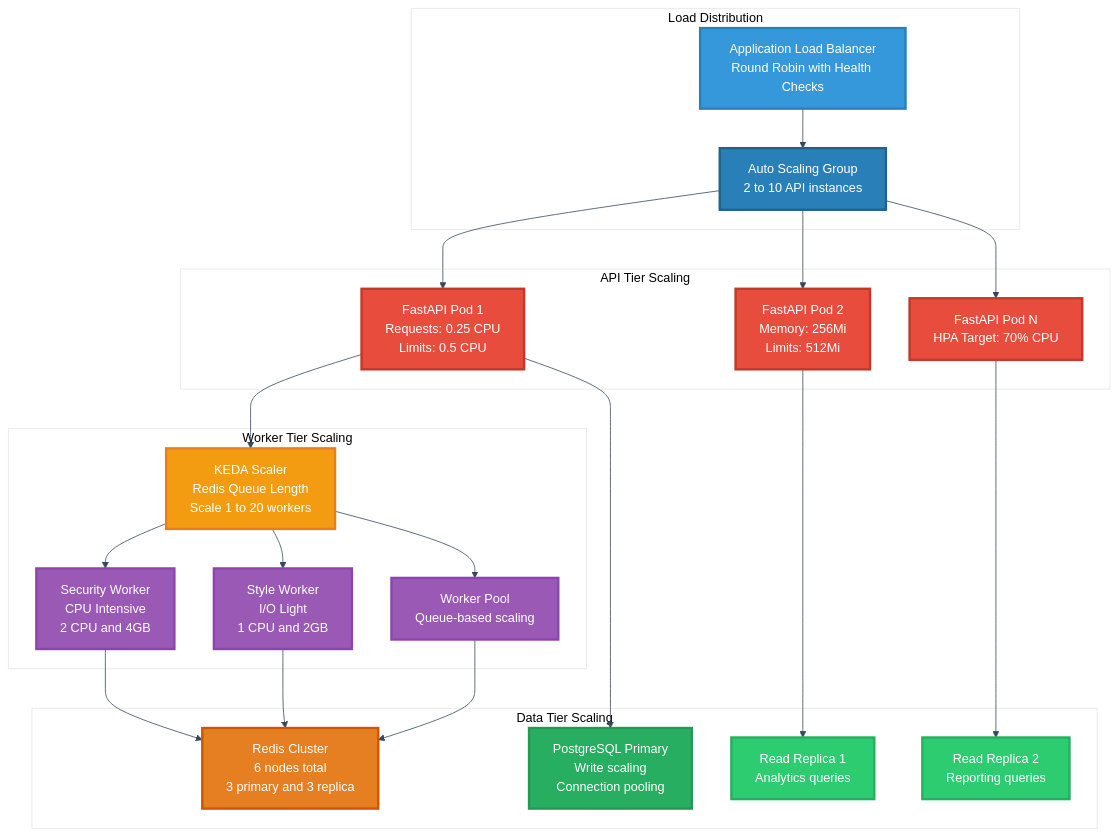
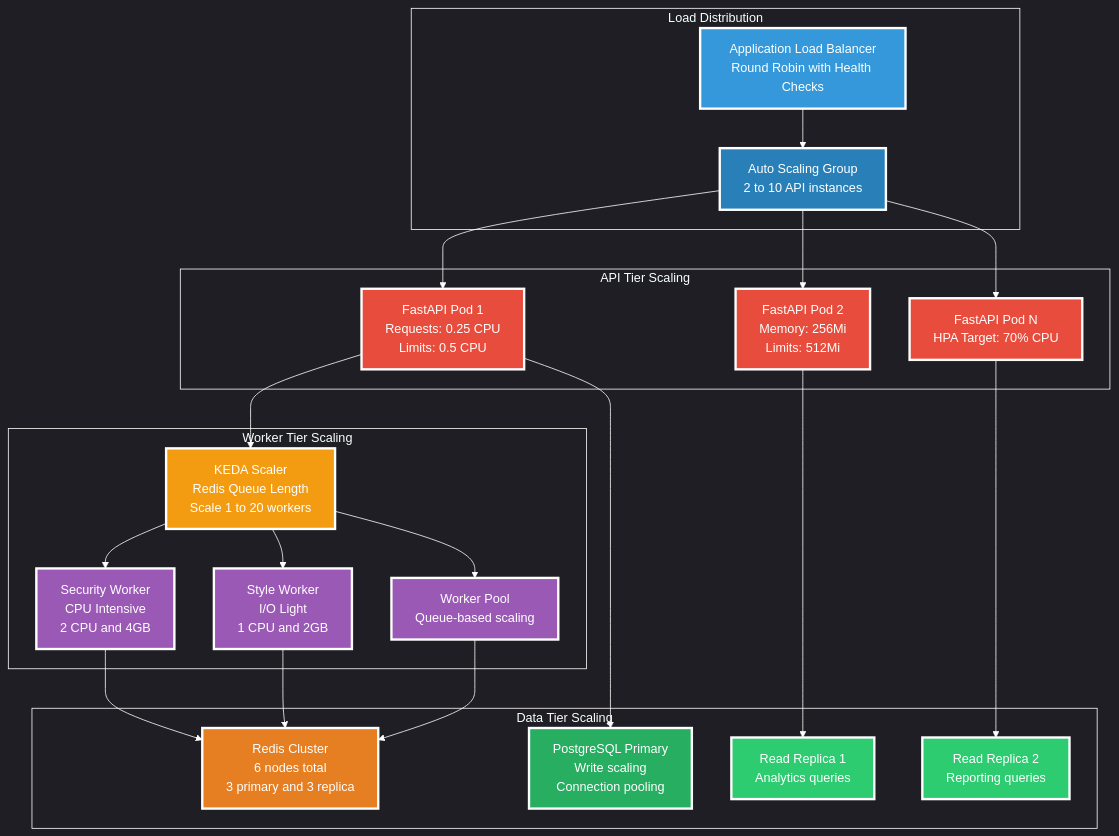
One commit to PriscillaOng12/AI-Code-Review-Squad changed the sixth of 7 diagrams in docs/ARCHITECTURE.md. Above: the diagram before and after it, drawn with Mermaid. The commit also changed other lines of this file, not shown here.

````diff
--- a/docs/ARCHITECTURE.md
+++ b/docs/ARCHITECTURE.md
@@ -463,63 +463,63 @@
 ```mermaid
-%%{init: {'theme': 'base', 'themeVariables': {'primaryColor': '#ffffff', 'primaryTextColor': '#2c3e50', 'primaryBorderColor': '#2c3e50', 'lineColor': '#34495e', 'secondaryColor': '#ffffff', 'tertiaryColor': '#ffffff', 'background': '#ffffff', 'mainBkg': '#ffffff', 'secondBkg': '#ffffff', 'tertiaryBkg': '#ffffff'}}}%%
+%%{init: {'theme': 'dark', 'themeVariables': {'primaryColor': 'transparent', 'primaryTextColor': '#ffffff', 'primaryBorderColor': '#ffffff', 'lineColor': '#ffffff', 'secondaryColor': 'transparent', 'tertiaryColor': 'transparent', 'background': 'transparent', 'mainBkg': 'transparent', 'secondBkg': 'transparent', 'tertiaryBkg': 'transparent', 'clusterBkg': 'transparent', 'clusterBorder': '#ffffff', 'edgeLabelBackground': 'transparent'}}}%%
 graph TB
     subgraph "Load Distribution"
         ALB[Application Load Balancer<br/>Round Robin with Health Checks]
         ASG[Auto Scaling Group<br/>2 to 10 API instances]
     end
     
     subgraph "API Tier Scaling"
         API1[FastAPI Pod 1<br/>Requests: 0.25 CPU<br/>Limits: 0.5 CPU]
         API2[FastAPI Pod 2<br/>Memory: 256Mi<br/>Limits: 512Mi]
         APIN[FastAPI Pod N<br/>HPA Target: 70% CPU]
     end
     
     subgraph "Worker Tier Scaling"
         KEDA[KEDA Scaler<br/>Redis Queue Length<br/>Scale 1 to 20 workers]
         W1[Security Worker<br/>CPU Intensive<br/>2 CPU and 4GB]
         W2[Style Worker<br/>I/O Light<br/>1 CPU and 2GB]
         WN[Worker Pool<br/>Queue-based scaling]
     end
     
     subgraph "Data Tier Scaling"
         PGPRIMARY[PostgreSQL Primary<br/>Write scaling<br/>Connection pooling]
         PGREPLICA1[Read Replica 1<br/>Analytics queries]
         PGREPLICA2[Read Replica 2<br/>Reporting queries]
         REDIS_CLUSTER[Redis Cluster<br/>6 nodes total<br/>3 primary and 3 replica]
     end
     
     ALB --> ASG
     ASG --> API1
     ASG --> API2
     ASG --> APIN
     
     API1 --> KEDA
     KEDA --> W1
     KEDA --> W2
     KEDA --> WN
     
     API1 --> PGPRIMARY
     API2 --> PGREPLICA1
     APIN --> PGREPLICA2
     
     W1 --> REDIS_CLUSTER
     W2 --> REDIS_CLUSTER
     WN --> REDIS_CLUSTER
     
-    style ALB fill:#3498db,stroke:#2980b9,stroke-width:3px,color:#ffffff
-    style ASG fill:#2980b9,stroke:#21618c,stroke-width:3px,color:#ffffff
+    style ALB fill:#3498db,stroke:#ffffff,stroke-width:3px,color:#ffffff
+    style ASG fill:#2980b9,stroke:#ffffff,stroke-width:3px,color:#ffffff
     
-    style API1 fill:#e74c3c,stroke:#c0392b,stroke-width:3px,color:#ffffff
-    style API2 fill:#e74c3c,stroke:#c0392b,stroke-width:3px,color:#ffffff
-    style APIN fill:#e74c3c,stroke:#c0392b,stroke-width:3px,color:#ffffff
+    style API1 fill:#e74c3c,stroke:#ffffff,stroke-width:3px,color:#ffffff
+    style API2 fill:#e74c3c,stroke:#ffffff,stroke-width:3px,color:#ffffff
+    style APIN fill:#e74c3c,stroke:#ffffff,stroke-width:3px,color:#ffffff
     
-    style KEDA fill:#f39c12,stroke:#e67e22,stroke-width:3px,color:#ffffff
-    style W1 fill:#9b59b6,stroke:#8e44ad,stroke-width:3px,color:#ffffff
-    style W2 fill:#9b59b6,stroke:#8e44ad,stroke-width:3px,color:#ffffff
-    style WN fill:#9b59b6,stroke:#8e44ad,stroke-width:3px,color:#ffffff
+    style KEDA fill:#f39c12,stroke:#ffffff,stroke-width:3px,color:#ffffff
+    style W1 fill:#9b59b6,stroke:#ffffff,stroke-width:3px,color:#ffffff
+    style W2 fill:#9b59b6,stroke:#ffffff,stroke-width:3px,color:#ffffff
+    style WN fill:#9b59b6,stroke:#ffffff,stroke-width:3px,color:#ffffff
     
-    style PGPRIMARY fill:#27ae60,stroke:#229954,stroke-width:3px,color:#ffffff
-    style PGREPLICA1 fill:#2ecc71,stroke:#27ae60,stroke-width:3px,color:#ffffff
-    style PGREPLICA2 fill:#2ecc71,stroke:#27ae60,stroke-width:3px,color:#ffffff
-    style REDIS_CLUSTER fill:#e67e22,stroke:#d35400,stroke-width:3px,color:#ffffff
+    style PGPRIMARY fill:#27ae60,stroke:#ffffff,stroke-width:3px,color:#ffffff
+    style PGREPLICA1 fill:#2ecc71,stroke:#ffffff,stroke-width:3px,color:#ffffff
+    style PGREPLICA2 fill:#2ecc71,stroke:#ffffff,stroke-width:3px,color:#ffffff
+    style REDIS_CLUSTER fill:#e67e22,stroke:#ffffff,stroke-width:3px,color:#ffffff
 ```
````
